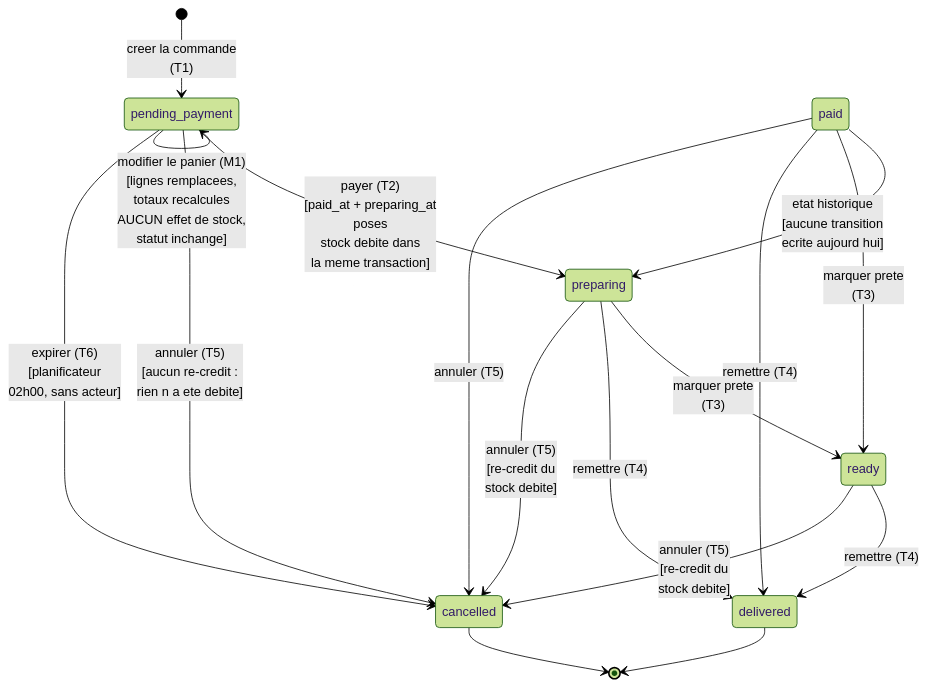
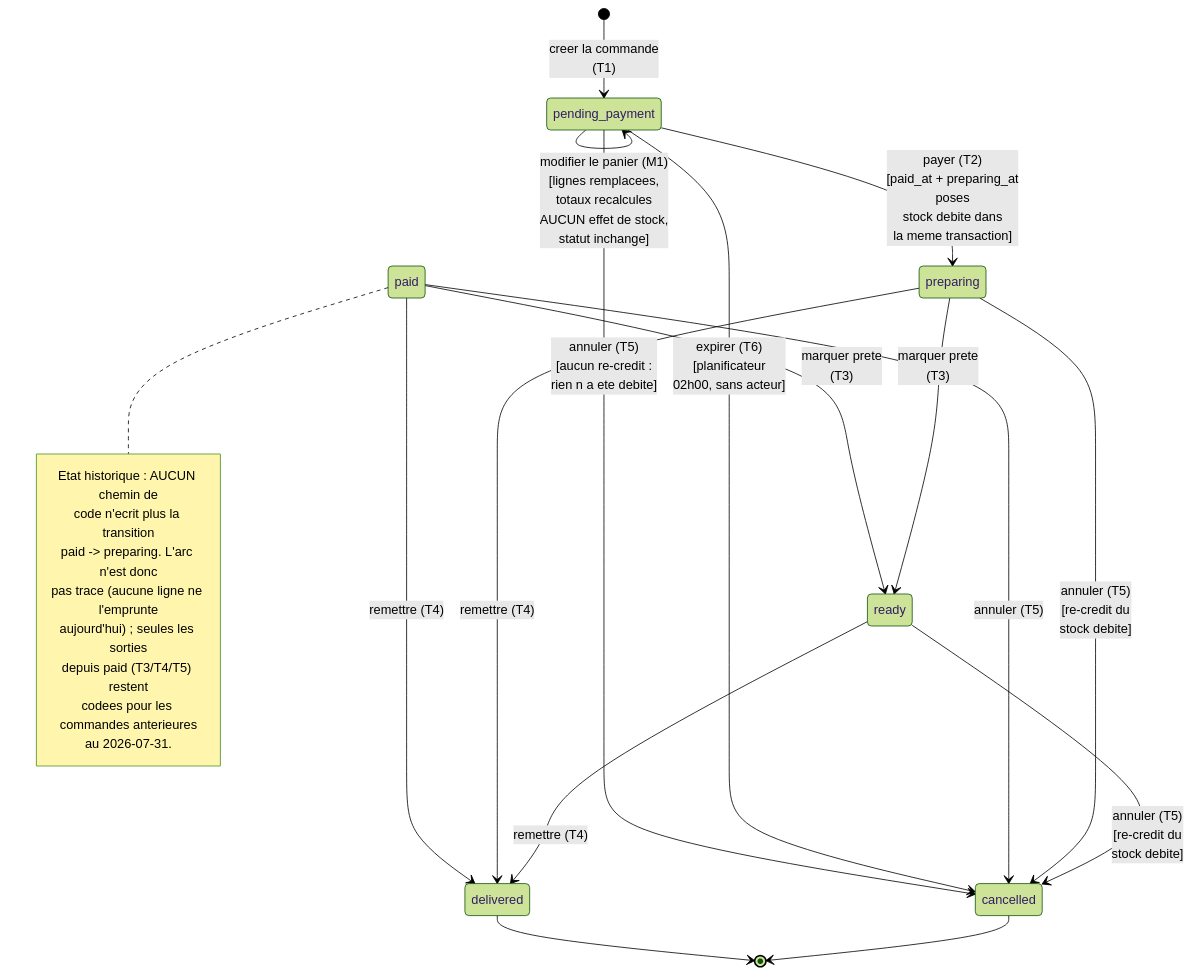
Before and after one commit to AcadeNice/wakdo_corentin: the diagram in docs/uml/state-commande.md, drawn with Mermaid (forest theme). The commit also changed other lines of this file and 59 other files, not shown here.

````diff
--- a/docs/uml/state-commande.md
+++ b/docs/uml/state-commande.md
@@ -63,24 +63,34 @@
 ```mermaid
 stateDiagram-v2
     [*] --> pending_payment : creer la commande<br/>(T1)
 
     pending_payment --> pending_payment : modifier le panier (M1)<br/>[lignes remplacees,<br/>totaux recalcules<br/>AUCUN effet de stock,<br/>statut inchange]
     pending_payment --> preparing : payer (T2)<br/>[paid_at + preparing_at<br/>poses<br/>stock debite dans<br/>la meme transaction]
     pending_payment --> cancelled : annuler (T5)<br/>[aucun re-credit :<br/>rien n a ete debite]
     pending_payment --> cancelled : expirer (T6)<br/>[planificateur<br/>02h00, sans acteur]
 
-    paid --> preparing : etat historique<br/>[aucune transition<br/>ecrite aujourd hui]
     paid --> ready : marquer prete<br/>(T3)
     paid --> delivered : remettre (T4)
     paid --> cancelled : annuler (T5)
 
     preparing --> ready : marquer prete<br/>(T3)
     preparing --> delivered : remettre (T4)
     preparing --> cancelled : annuler (T5)<br/>[re-credit du<br/>stock debite]
 
     ready --> delivered : remettre (T4)
     ready --> cancelled : annuler (T5)<br/>[re-credit du<br/>stock debite]
 
     delivered --> [*]
     cancelled --> [*]
+
+    note right of paid
+        Etat historique : AUCUN chemin de
+        code n'ecrit plus la transition
+        paid -> preparing. L'arc n'est donc
+        pas trace (aucune ligne ne l'emprunte
+        aujourd'hui) ; seules les sorties
+        depuis paid (T3/T4/T5) restent
+        codees pour les commandes anterieures
+        au 2026-07-31.
+    end note
 ```
````
